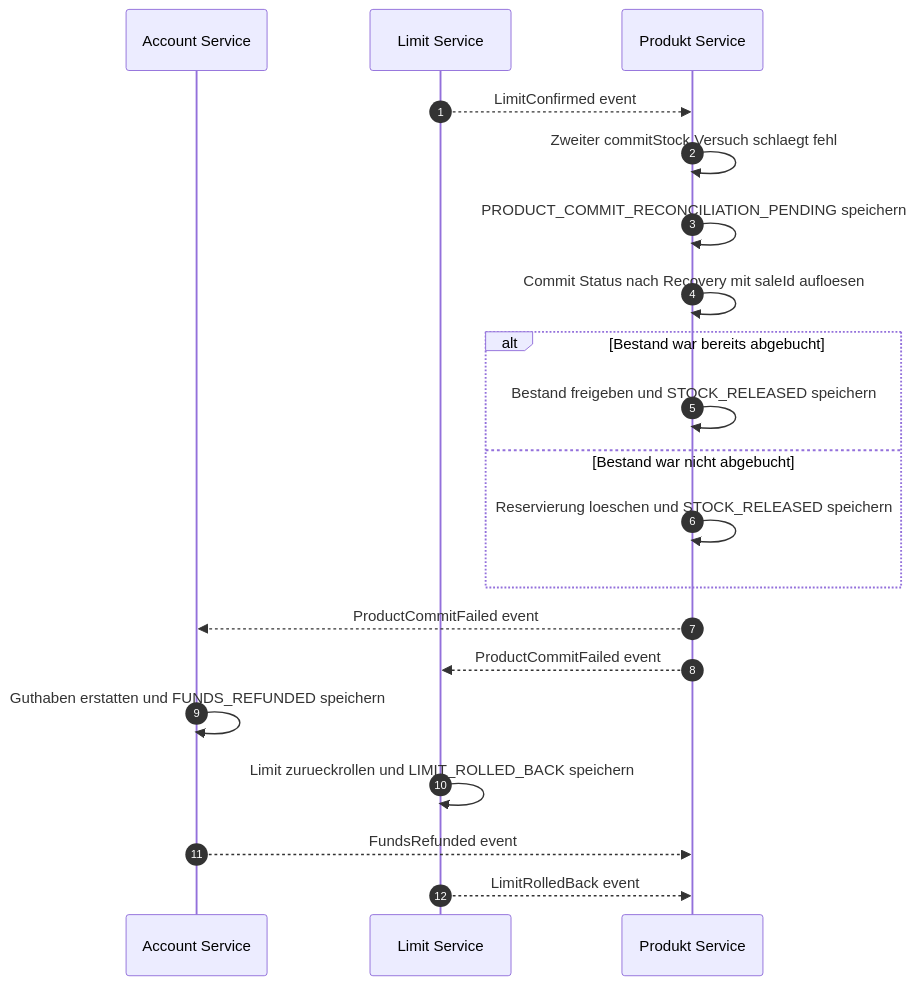
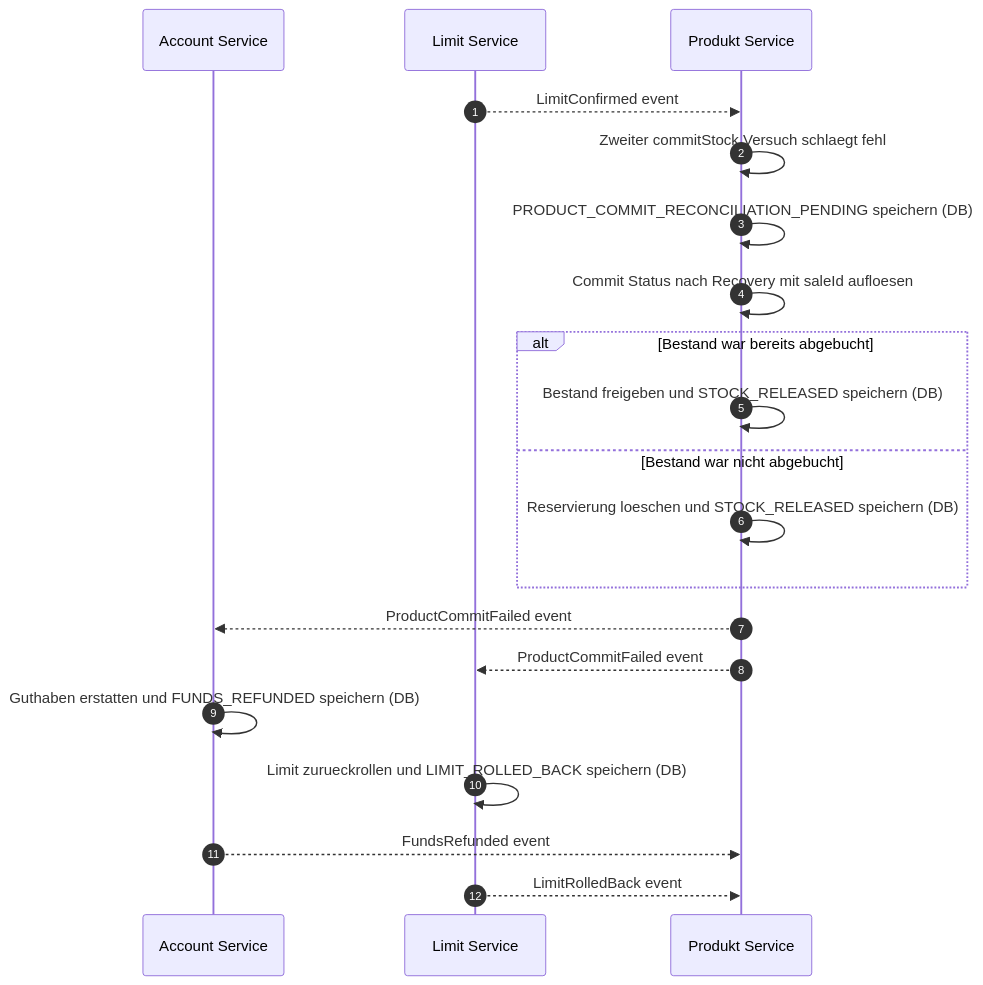
Before and after one commit to Adrian-Hansen-dev/second-hand-ticket-app: diagram 28 of 29 in project-2/abgabe_projekt_2.md, drawn with Mermaid. The commit also changed other lines of this file, not shown here.

First line of the commit message:
Projekt 2: Persistenz und Recovery ergänzt

````diff
--- a/project-2/abgabe_projekt_2.md
+++ b/project-2/abgabe_projekt_2.md
@@ -801,23 +824,23 @@
 ```mermaid
 sequenceDiagram
     autonumber
     participant AS as Account Service
     participant LS as Limit Service
     participant PS as Produkt Service
 
     LS-->>PS: LimitConfirmed event
     PS->>PS: Zweiter commitStock Versuch schlaegt fehl
-    PS->>PS: PRODUCT_COMMIT_RECONCILIATION_PENDING speichern
+    PS->>PS: PRODUCT_COMMIT_RECONCILIATION_PENDING speichern (DB)
     PS->>PS: Commit Status nach Recovery mit saleId aufloesen
     alt Bestand war bereits abgebucht
-        PS->>PS: Bestand freigeben und STOCK_RELEASED speichern
+        PS->>PS: Bestand freigeben und STOCK_RELEASED speichern (DB)
     else Bestand war nicht abgebucht
-        PS->>PS: Reservierung loeschen und STOCK_RELEASED speichern
+        PS->>PS: Reservierung loeschen und STOCK_RELEASED speichern (DB)
     end
     PS-->>AS: ProductCommitFailed event
     PS-->>LS: ProductCommitFailed event
-    AS->>AS: Guthaben erstatten und FUNDS_REFUNDED speichern
-    LS->>LS: Limit zurueckrollen und LIMIT_ROLLED_BACK speichern
+    AS->>AS: Guthaben erstatten und FUNDS_REFUNDED speichern (DB)
+    LS->>LS: Limit zurueckrollen und LIMIT_ROLLED_BACK speichern (DB)
     AS-->>PS: FundsRefunded event
     LS-->>PS: LimitRolledBack event
 ```
````
